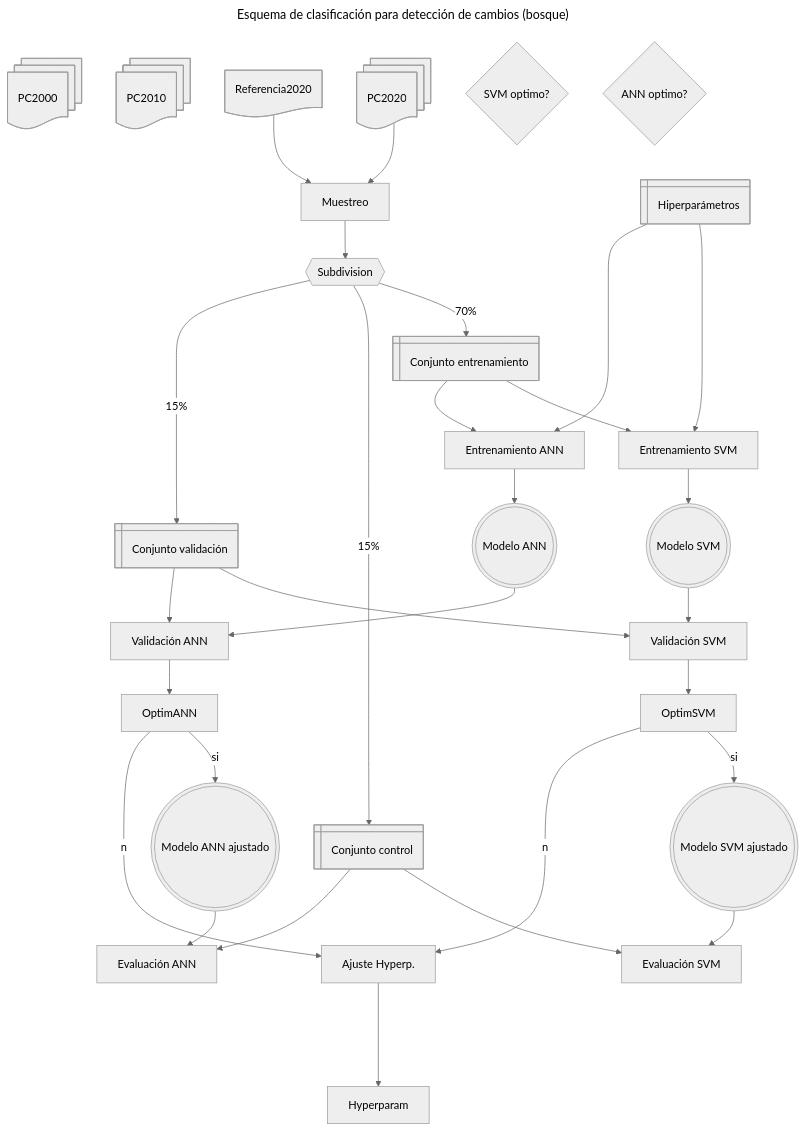
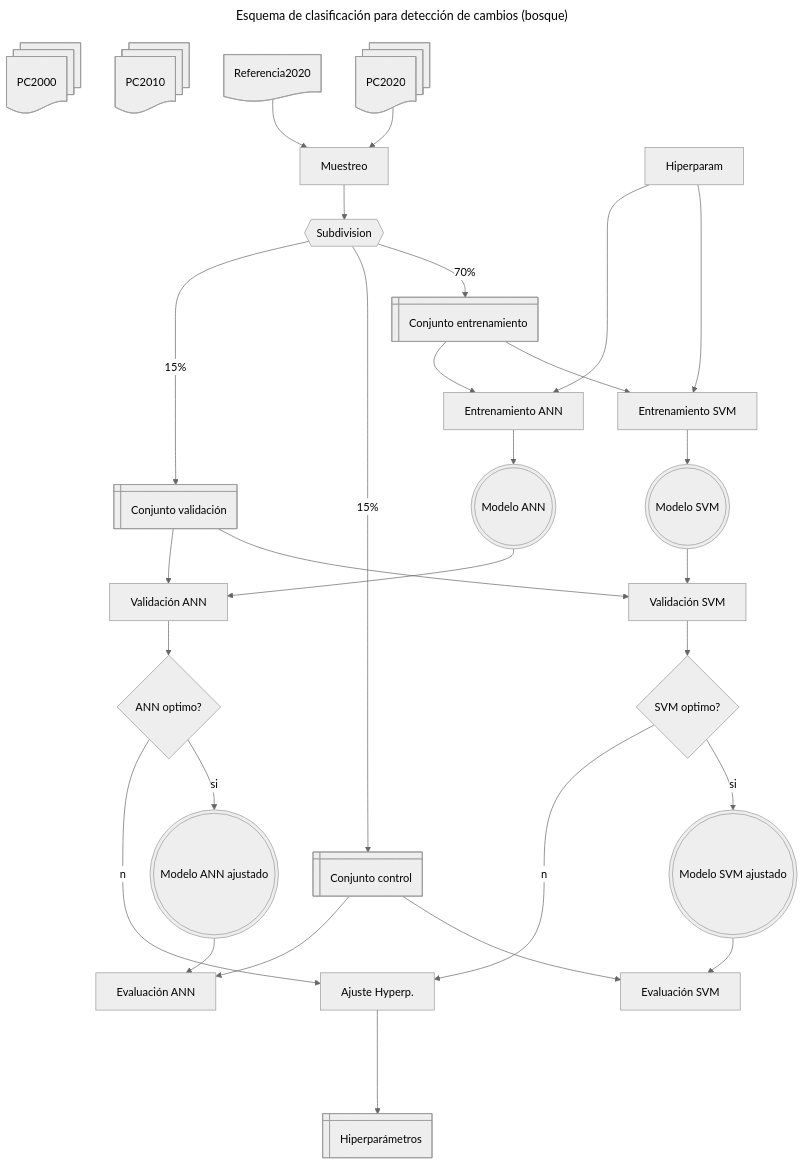
The diagram in ANPs/Esquema_clasificacion.mermaid (vshalisko/GEE), drawn with Mermaid (neutral theme) before and after one commit.

```diff
--- a/ANPs/Esquema_clasificacion.mermaid
+++ b/ANPs/Esquema_clasificacion.mermaid
@@ -1,57 +1,57 @@
 ---
 title: Esquema de clasificación para detección de cambios (bosque)
 ---
 flowchart TD
     PC2000@{ shape: docs, label: PC2000}
     PC2010@{ shape: docs, label: PC2010}
     PC2020@{ shape: docs, label: PC2020}
     Ref2020@{ shape: doc, label: Referencia2020}
     Muestreo@{ shape: proc, label: Muestreo}
     Subset@{ shape: hex, label: Subdivision}
     Train2020@{ shape: win-pane, label: Conjunto entrenamiento}
     Test2020@{ shape: win-pane, label: Conjunto control}
     Valid2020@{ shape: win-pane, label: Conjunto validación}
 
-    Hiperparam@{ shape: win-pane, label: Hiperparámetros}
+    Hyperparam@{ shape: win-pane, label: Hiperparámetros}
     TrainSVM@{ shape: proc, label: Entrenamiento SVM}
     TrainANN@{ shape: proc, label: Entrenamiento ANN}
     ModeloSVM@{ shape: double-circle, label: Modelo SVM}
     ModeloANN@{ shape: double-circle, label: Modelo ANN}
     ModeloSVMok@{ shape: double-circle, label: Modelo SVM ajustado}
     ModeloANNok@{ shape: double-circle, label: Modelo ANN ajustado}
     ValidSVM@{ shape: proc, label: Validación SVM}
     ValidANN@{ shape: proc, label: Validación ANN}
-    OptimoSVM@{ shape: diam, label: SVM optimo?}
-    OptimoANN@{ shape: diam, label: ANN optimo?}
+    OptimSVM@{ shape: diam, label: SVM optimo?}
+    OptimANN@{ shape: diam, label: ANN optimo?}
     ControlSVM@{ shape: proc, label: Evaluación SVM}
     ControlANN@{ shape: proc, label: Evaluación ANN}
     AjusteHyp@{ shape: proc, label: Ajuste Hyperp.}
 
     PC2020 --> Muestreo
     Ref2020 --> Muestreo
     Muestreo --> Subset
     Subset --70%--> Train2020
     Subset --15%--> Test2020
     Subset --15%--> Valid2020
 
     Hiperparam ----> TrainSVM
     Hiperparam ----> TrainANN
     Train2020 --> TrainSVM
     Train2020 --> TrainANN
     TrainSVM --> ModeloSVM
     TrainANN --> ModeloANN
     ModeloSVM --> ValidSVM
     ModeloANN --> ValidANN
     Valid2020 --> ValidSVM
     Valid2020 --> ValidANN
     ValidSVM --> OptimSVM
     ValidANN --> OptimANN
     OptimSVM --si--> ModeloSVMok
     OptimANN --si--> ModeloANNok
     OptimSVM --no--> AjusteHyp
     OptimANN --no--> AjusteHyp
     AjusteHyp ----> Hyperparam
     ModeloSVMok --> ControlSVM
     ModeloANNok --> ControlANN
     Test2020 --> ControlSVM
     Test2020 --> ControlANN
```
